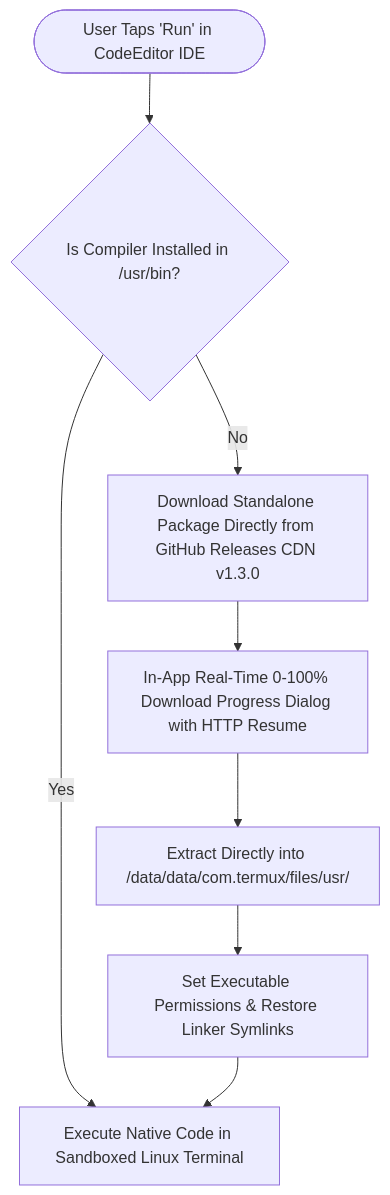
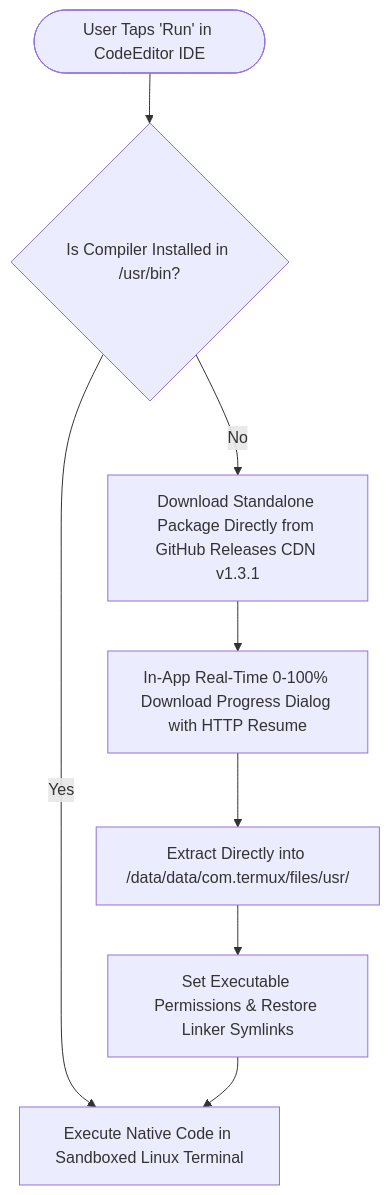
One commit to raj40870-pixel/library changed the diagram in README.md. Above: the diagram before and after it, drawn with Mermaid. The commit also changed other lines of this file, not shown here.

Commit message:
docs: bump release badges and CDN download links to v1.3.1

````diff
--- a/README.md
+++ b/README.md
@@ -30,10 +30,10 @@
 ```mermaid
 flowchart TD
     User([User Taps 'Run' in CodeEditor IDE]) --> CheckBin{Is Compiler Installed in /usr/bin?}
     CheckBin -- Yes --> RunCode[Execute Native Code in Sandboxed Linux Terminal]
-    CheckBin -- No --> CDNFetch[Download Standalone Package Directly from GitHub Releases CDN v1.3.0]
+    CheckBin -- No --> CDNFetch[Download Standalone Package Directly from GitHub Releases CDN v1.3.1]
     CDNFetch --> Progress[In-App Real-Time 0-100% Download Progress Dialog with HTTP Resume]
     Progress --> Extract[Extract Directly into /data/data/com.termux/files/usr/]
     Extract --> Perms[Set Executable Permissions & Restore Linker Symlinks]
     Perms --> RunCode
 ```
````
